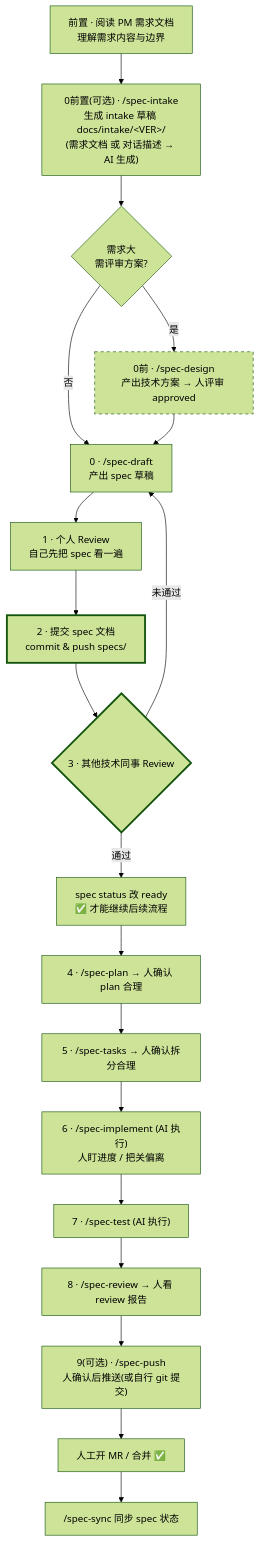
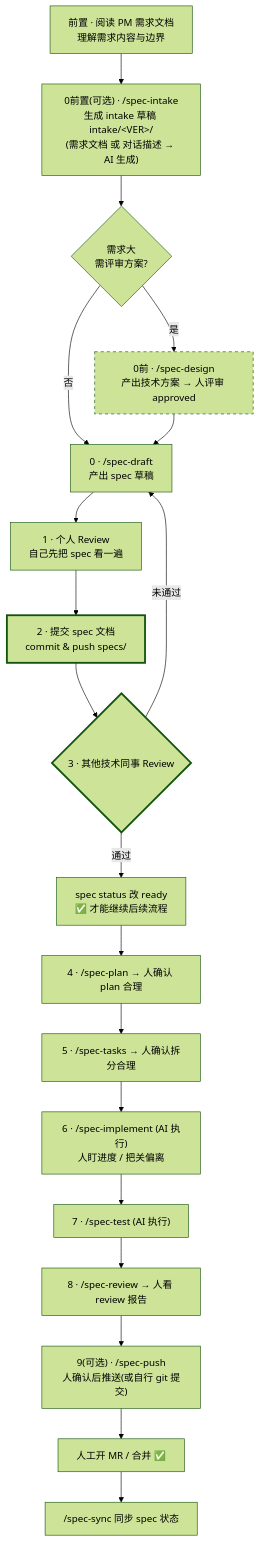
Before and after one commit to chongyang211/YCBookBlog: the diagram in code/Spec/docs/spec-flow-overview.md, drawn with Mermaid (forest theme). The commit also changed other lines of this file and 53 other files, not shown here.

Commit message:
docs(spec): 更新 intake 目录路径并新增反馈问卷

````diff
--- a/code/Spec/docs/spec-flow-overview.md
+++ b/code/Spec/docs/spec-flow-overview.md
@@ -12,28 +12,28 @@
 ```mermaid
 flowchart TD
-    pm["前置 · 阅读 PM 需求文档<br/>理解需求内容与边界"] --> intake["0前置(可选) · /spec-intake<br/>生成 intake 草稿 docs/intake/&lt;VER&gt;/<br/>(需求文档 或 对话描述 → AI 生成)"]
+    pm["前置 · 阅读 PM 需求文档<br/>理解需求内容与边界"] --> intake["0前置(可选) · /spec-intake<br/>生成 intake 草稿 intake/&lt;VER&gt;/<br/>(需求文档 或 对话描述 → AI 生成)"]
     intake --> D{需求大<br/>需评审方案?}
 
     D -- 是 --> design["0前 · /spec-design<br/>产出技术方案 → 人评审 approved"]
     D -- 否 --> draft
     design --> draft["0 · /spec-draft<br/>产出 spec 草稿"]
 
     draft --> self["1 · 个人 Review<br/>自己先把 spec 看一遍"]
     self --> commitspec["2 · 提交 spec 文档<br/>commit & push specs/"]
     commitspec --> peer{"3 · 其他技术同事 Review"}
     peer -- 未通过 --> draft
     peer -- 通过 --> ready["spec status 改 ready<br/>✅ 才能继续后续流程"]
 
     ready --> plan["4 · /spec-plan → 人确认 plan 合理"]
     plan --> tasks["5 · /spec-tasks → 人确认拆分合理"]
     tasks --> impl["6 · /spec-implement (AI 执行)<br/>人盯进度 / 把关偏离"]
     impl --> test["7 · /spec-test (AI 执行)"]
     test --> rev["8 · /spec-review → 人看 review 报告"]
     rev --> push["9(可选) · /spec-push<br/>人确认后推送(或自行 git 提交)"]
     push --> mr["人工开 MR / 合并 ✅"]
     mr --> sync["/spec-sync 同步 spec 状态"]
 
     style design stroke-dasharray: 5 5
     style commitspec stroke-width:3px
     style peer stroke-width:3px
 ```
````
